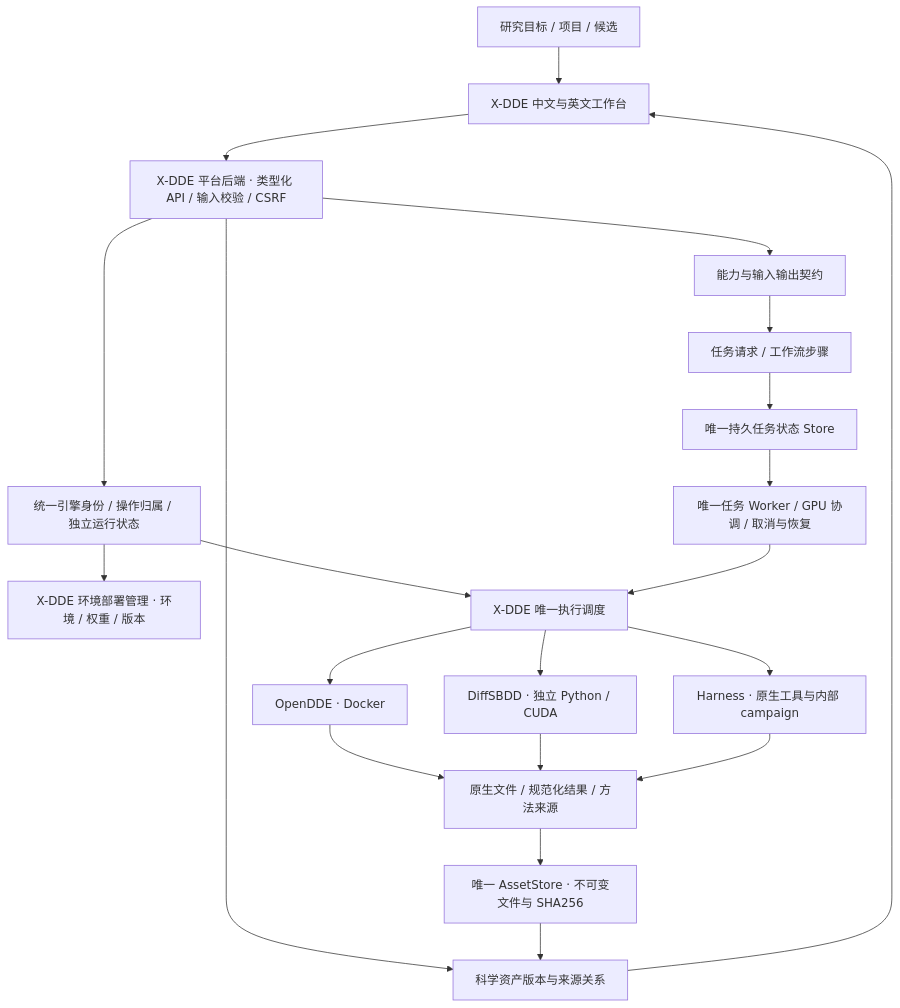
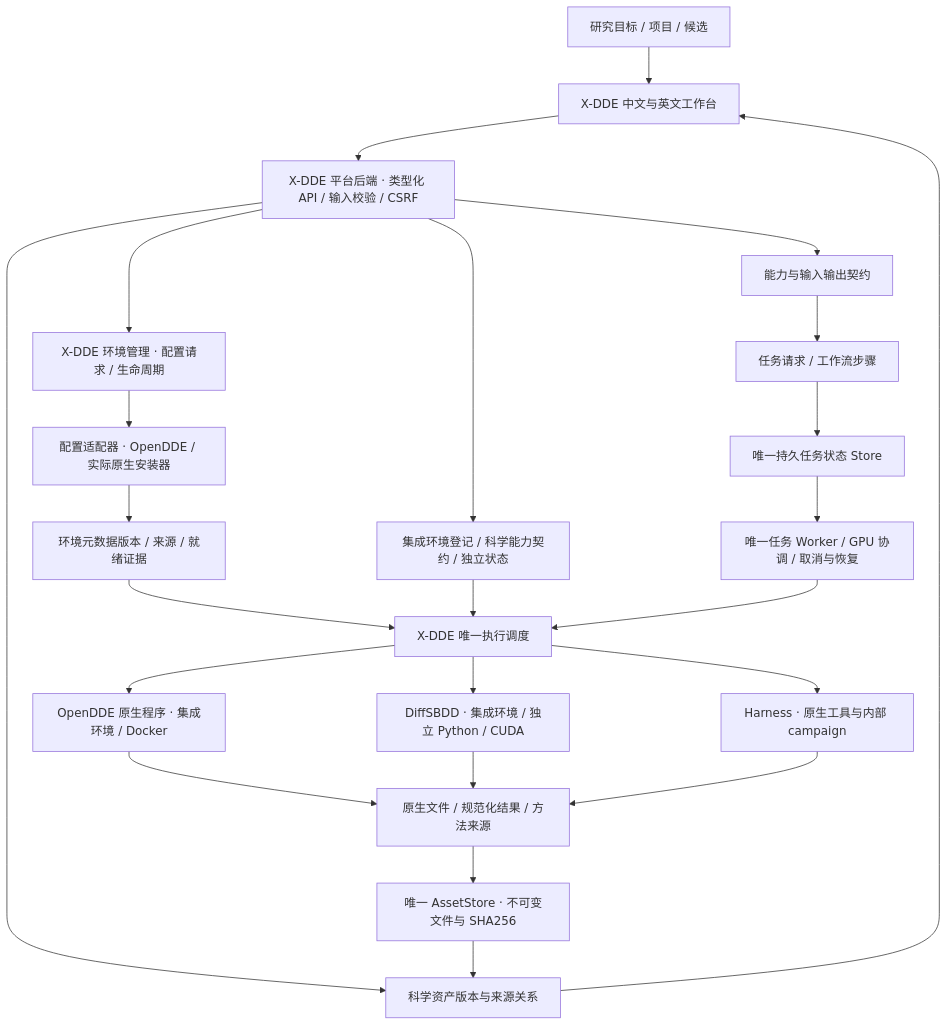
Before and after one commit to Victor-Xu-1/X-DDE: the first of 2 diagrams in docs/design/README.md, drawn with Mermaid. The commit also changed other lines of this file and 37 other files, not shown here.

````diff
--- a/docs/design/README.md
+++ b/docs/design/README.md
@@ -81,23 +83,26 @@
 ```mermaid
 flowchart TB
   User[研究目标 / 项目 / 候选] --> UI[X-DDE 中文与英文工作台]
   UI --> API[X-DDE 平台后端 · 类型化 API / 输入校验 / CSRF]
-  API --> Registry[统一引擎身份 / 操作归属 / 独立运行状态]
-  Registry --> Deployment[X-DDE 环境部署管理 · 环境 / 权重 / 版本]
+  API --> Registry[集成环境登记 / 科学能力契约 / 独立状态]
+  API --> Deployment[X-DDE 环境管理 · 配置请求 / 生命周期]
+  Deployment --> Provisioner[配置适配器 · OpenDDE / 实际原生安装器]
+  Provisioner --> EnvRecord[环境元数据版本 / 来源 / 就绪证据]
+  EnvRecord --> Router
   API --> Objects[科学资产版本与来源关系]
   API --> Capabilities[能力与输入输出契约]
   Capabilities --> Tasks[任务请求 / 工作流步骤]
   Tasks --> Store[唯一持久任务状态 Store]
   Store --> Worker[唯一任务 Worker / GPU 协调 / 取消与恢复]
   Registry --> Router
   Worker --> Router[X-DDE 唯一执行调度]
-  Router --> DDE[OpenDDE · Docker]
-  Router --> Diff[DiffSBDD · 独立 Python / CUDA]
+  Router --> DDE[OpenDDE 原生程序 · 集成环境 / Docker]
+  Router --> Diff[DiffSBDD · 集成环境 / 独立 Python / CUDA]
   Router --> Harness[Harness · 原生工具与内部 campaign]
   DDE --> Outputs[原生文件 / 规范化结果 / 方法来源]
   Diff --> Outputs
   Harness --> Outputs
   Outputs --> Assets[唯一 AssetStore · 不可变文件与 SHA256]
   Assets --> Objects
   Objects --> UI
 ```
````
